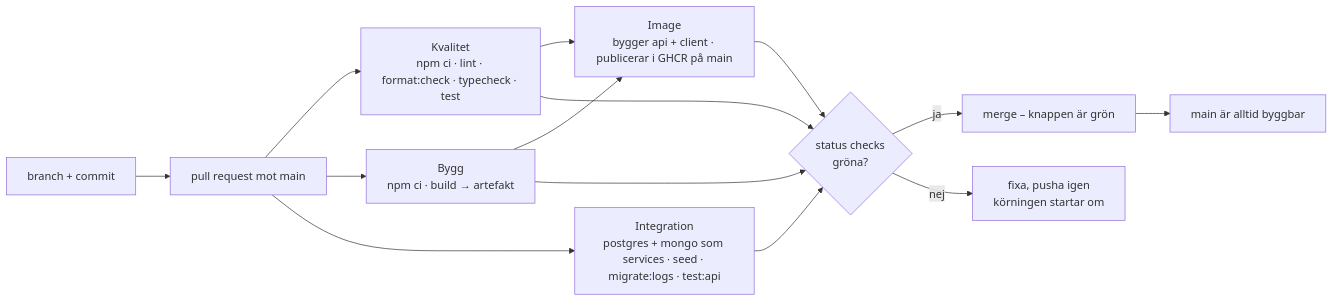
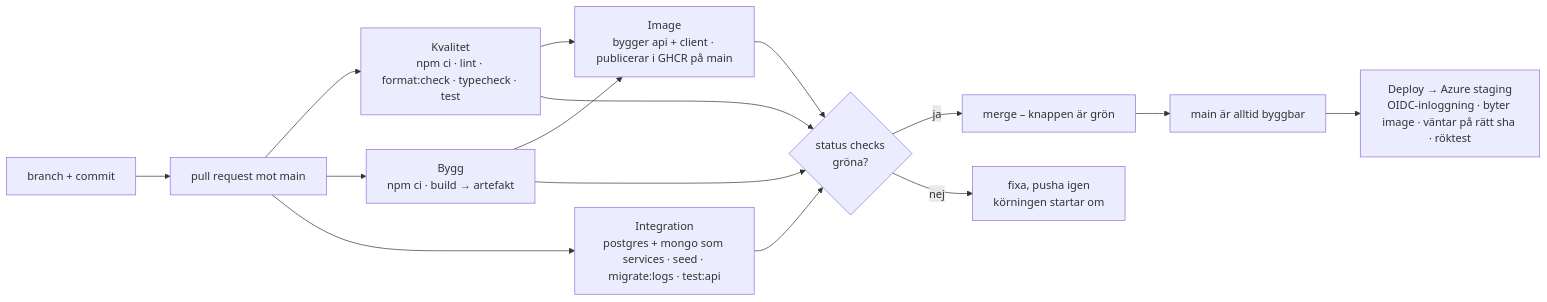
Before and after one commit to andreasjosef/utpost-cloud-labb: the diagram in docs/pipeline.md, drawn with Mermaid. The commit also changed other lines of this file and 3 other files, not shown here.

First line of the commit message:
M6: deploy till Azure staging från pipelinen

````diff
--- a/docs/pipeline.md
+++ b/docs/pipeline.md
@@ -7,16 +7,17 @@
 ```mermaid
 flowchart LR
   B[branch + commit] --> PR[pull request mot main]
   PR --> Q[Kvalitet<br/>npm ci · lint · format:check · typecheck · test]
   PR --> BU[Bygg<br/>npm ci · build → artefakt]
   PR --> I[Integration<br/>postgres + mongo som services · seed · migrate:logs · test:api]
   Q --> IM[Image<br/>bygger api + client · publicerar i GHCR på main]
   BU --> IM
   Q --> S{status checks<br/>gröna?}
   BU --> S
   I --> S
   IM --> S
   S -->|ja| M[merge – knappen är grön]
   S -->|nej| F[fixa, pusha igen<br/>körningen startar om]
   M --> MAIN[main är alltid byggbar]
+  MAIN --> D[Deploy → Azure staging<br/>OIDC-inloggning · byter image · väntar på rätt sha · röktest]
 ```
````
